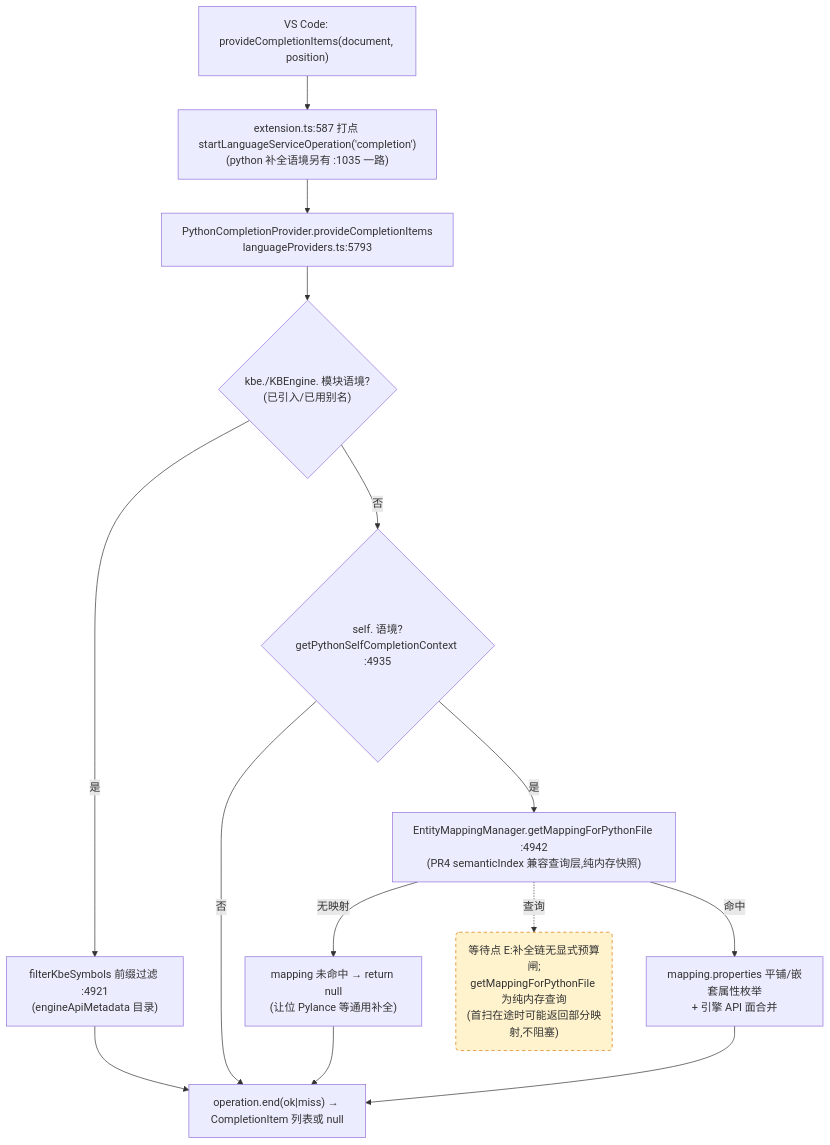
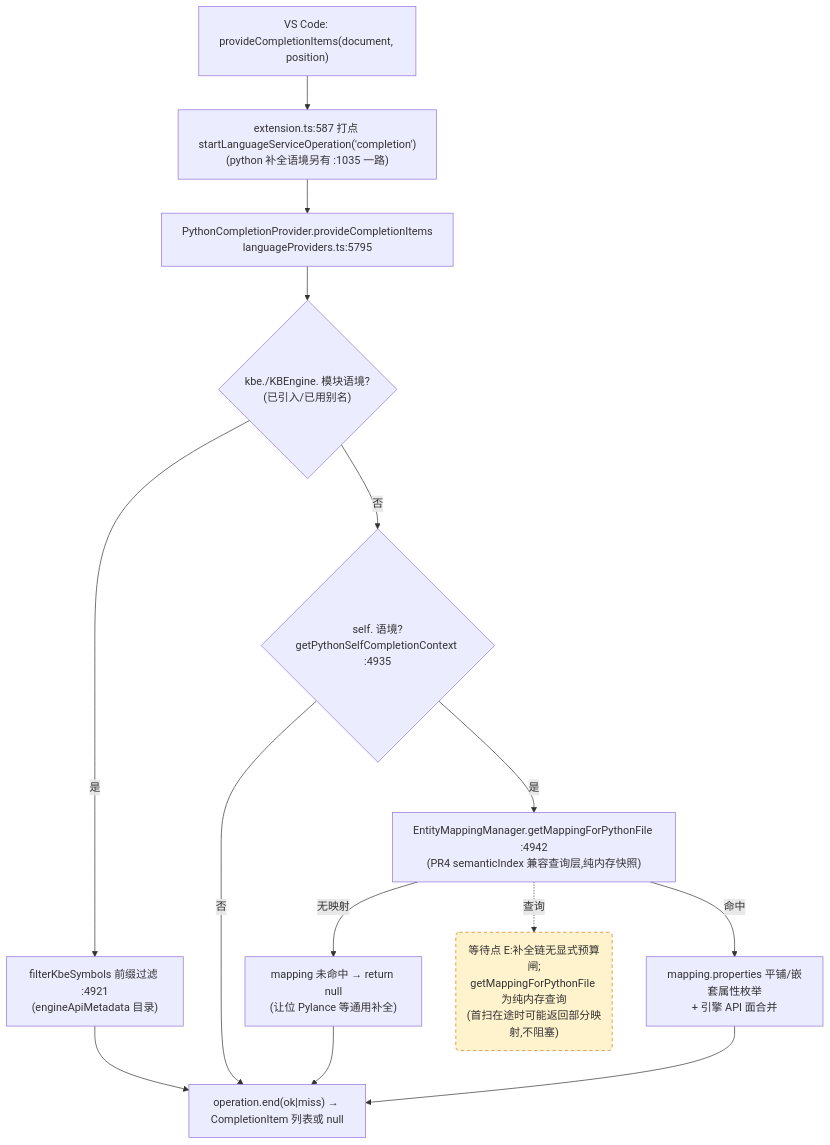
Before and after one commit to cuihairu/kode: the third of 4 diagrams in docs/perf/2026-baseline.md, drawn with Mermaid. The commit also changed other lines of this file and 8 other files, not shown here.

Commit message:
feat: hover reads published schema snapshots only

````diff
--- a/docs/perf/2026-baseline.md
+++ b/docs/perf/2026-baseline.md
@@ -184,27 +184,27 @@
 ```mermaid
 flowchart TD
   VC3["VS Code: provideCompletionItems(document, position)"]
   M3["extension.ts:587 打点 startLanguageServiceOperation('completion')<br/>(python 补全语境另有 :1035 一路)"]
-  CP["PythonCompletionProvider.provideCompletionItems<br/>languageProviders.ts:5793"]
+  CP["PythonCompletionProvider.provideCompletionItems<br/>languageProviders.ts:5795"]
   KBEC{"kbe./KBEngine. 模块语境?<br/>(已引入/已用别名)"}
   FILTER["filterKbeSymbols 前缀过滤 :4921<br/>(engineApiMetadata 目录)"]
   SELFC{"self. 语境?<br/>getPythonSelfCompletionContext :4935"}
   MAP["EntityMappingManager.getMappingForPythonFile :4942<br/>(PR4 semanticIndex 兼容查询层,纯内存快照)"]
   NOMAP["mapping 未命中 → return null<br/>(让位 Pylance 等通用补全)"]
   PROPS["mapping.properties 平铺/嵌套属性枚举<br/>+ 引擎 API 面合并"]
   END3["operation.end(ok|miss) → CompletionItem 列表或 null"]
 
   VC3 --> M3 --> CP --> KBEC
   KBEC -- "是" --> FILTER --> END3
   KBEC -- "否" --> SELFC
   SELFC -- "否" --> END3
   SELFC -- "是" --> MAP
   MAP -- "无映射" --> NOMAP --> END3
   MAP -- "命中" --> PROPS --> END3
 
   WAITE("等待点 E:补全链无显式预算闸;<br/>getMappingForPythonFile 为纯内存查询<br/>(首扫在途时可能返回部分映射,不阻塞)")
   MAP -.->|查询| WAITE
 
   classDef waitPoint fill:#fff3cd,stroke:#d97706,stroke-dasharray:5 4;
   class WAITE waitPoint;
 ```
````
